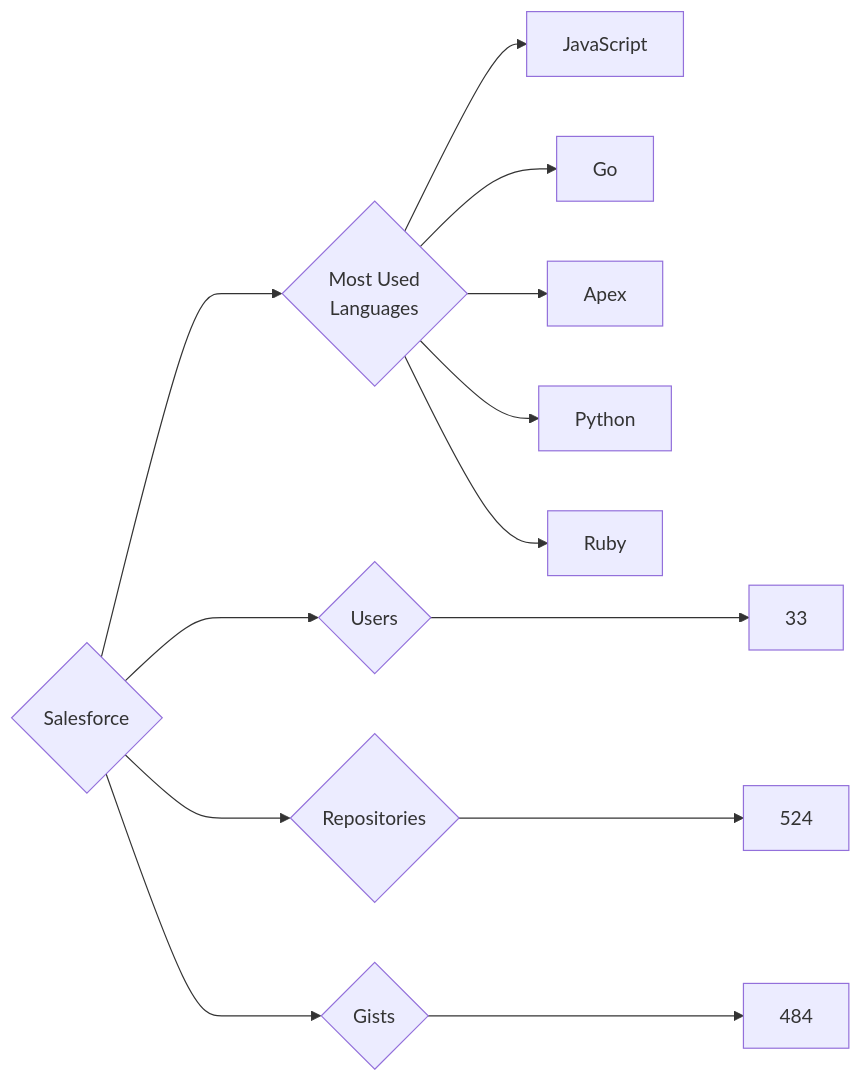
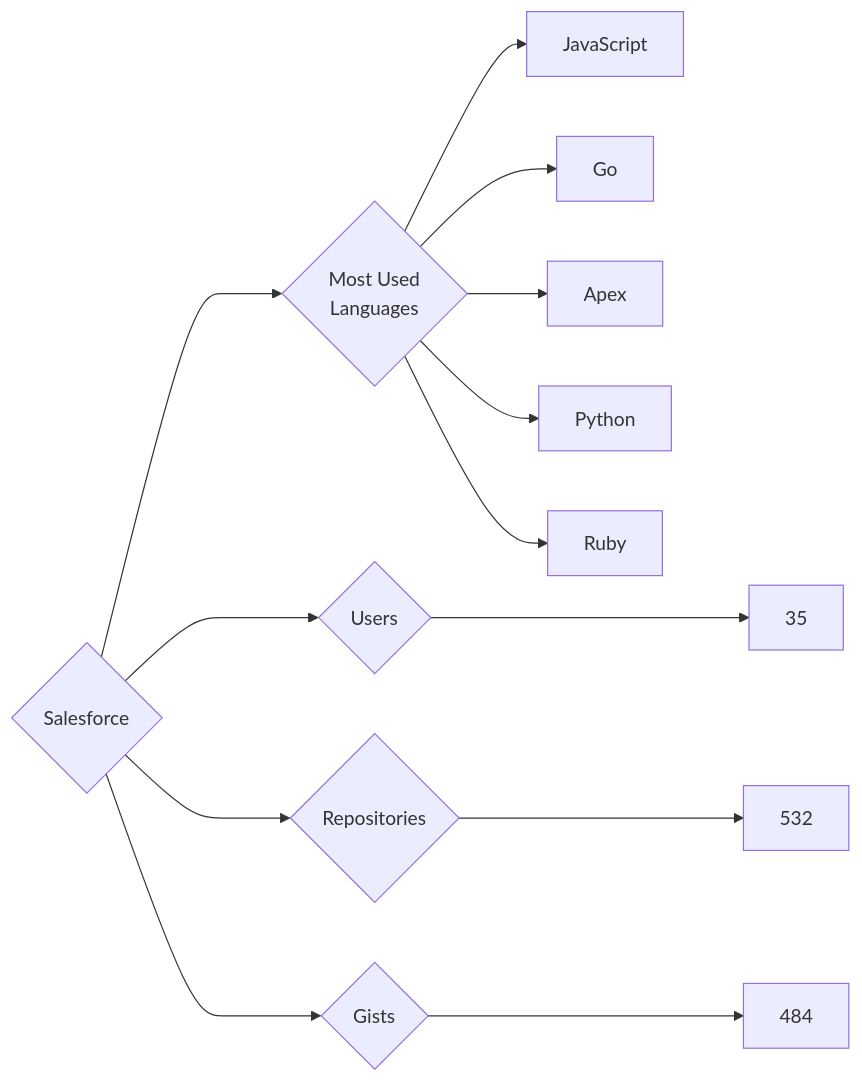
One commit to trickest/insiders changed the diagram in targets/Salesforce/README.md. Above: the diagram before and after it, drawn with Mermaid. The commit also changed 1389 other files, not shown here.

````diff
--- a/targets/Salesforce/README.md
+++ b/targets/Salesforce/README.md
@@ -3,13 +3,13 @@
 ```mermaid
 graph LR
 COMPANY_NAME{Salesforce}
-COMPANY_NAME ---> U{Users} ---> UN[33]
-COMPANY_NAME ---> R{Repositories} ---> RN[524]
+COMPANY_NAME ---> U{Users} ---> UN[35]
+COMPANY_NAME ---> R{Repositories} ---> RN[532]
 COMPANY_NAME ---> G{Gists} ---> GN[484]
 COMPANY_NAME ---> ML{Most Used<br>Languages}
 ML --> JavaScript[JavaScript]
 ML --> Go[Go]
 ML --> Apex[Apex]
 ML --> Python[Python]
 ML --> Ruby[Ruby]
 ```
````
